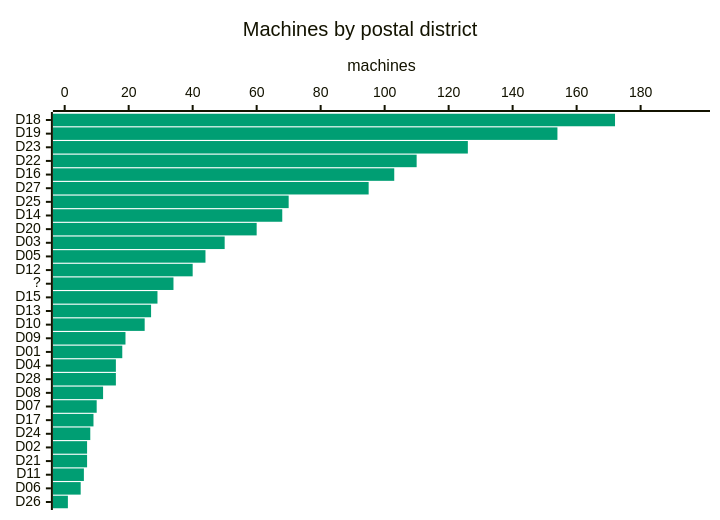
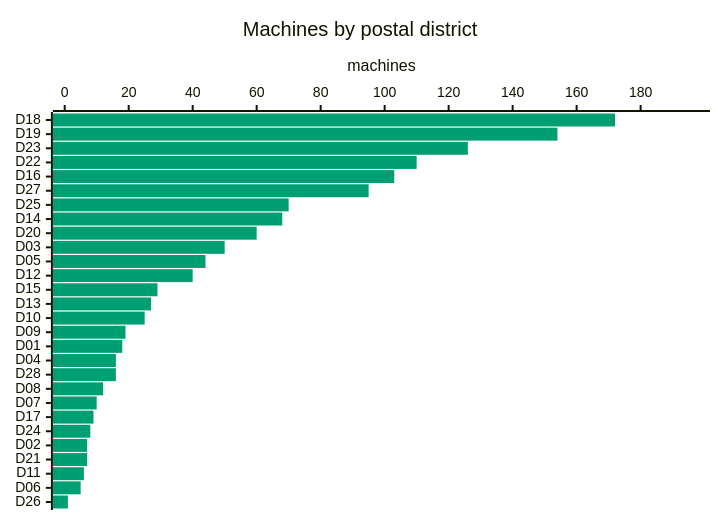
The fourth of 7 diagrams in ANALYSIS.md (cheeaun/returnright-data), drawn with Mermaid before and after one commit. The commit also changed other lines of this file and 7 other files, not shown here.

````diff
--- a/ANALYSIS.md
+++ b/ANALYSIS.md
@@ -123,16 +125,16 @@
 ```mermaid
 ---
 config:
   themeVariables:
     xyChart:
       plotColorPalette: "#009E73"
   xyChart:
     chartOrientation: "horizontal"
     plotReservedSpacePercent: 40
 ---
 xychart-beta
     title "Machines by postal district"
-    x-axis ["D18", "D19", "D23", "D22", "D16", "D27", "D25", "D14", "D20", "D03", "D05", "D12", "?", "D15", "D13", "D10", "D09", "D01", "D04", "D28", "D08", "D07", "D17", "D24", "D02", "D21", "D11", "D06", "D26"]
+    x-axis ["D18", "D19", "D23", "D22", "D16", "D27", "D25", "D14", "D20", "D03", "D05", "D12", "D15", "D13", "D10", "D09", "D01", "D04", "D28", "D08", "D07", "D17", "D24", "D02", "D21", "D11", "D06", "D26"]
     y-axis "machines" 0 --> 198
-    bar [172, 154, 126, 110, 103, 95, 70, 68, 60, 50, 44, 40, 34, 29, 27, 25, 19, 18, 16, 16, 12, 10, 9, 8, 7, 7, 6, 5, 1]
+    bar [172, 154, 126, 110, 103, 95, 70, 68, 60, 50, 44, 40, 29, 27, 25, 19, 18, 16, 16, 12, 10, 9, 8, 7, 7, 6, 5, 1]
 ```
````
